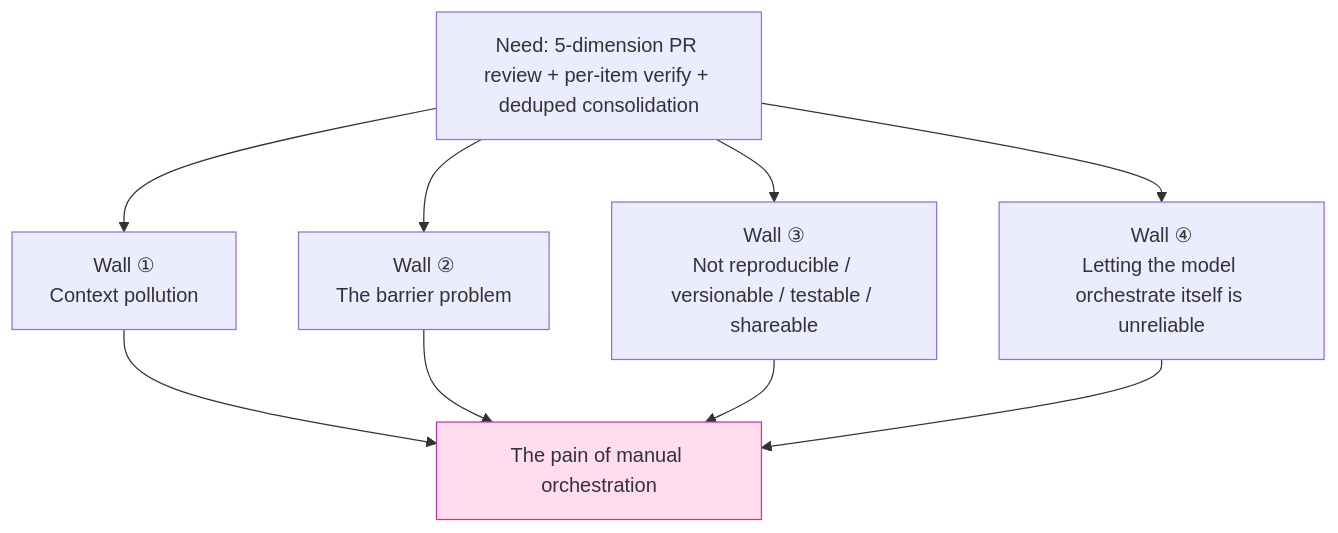
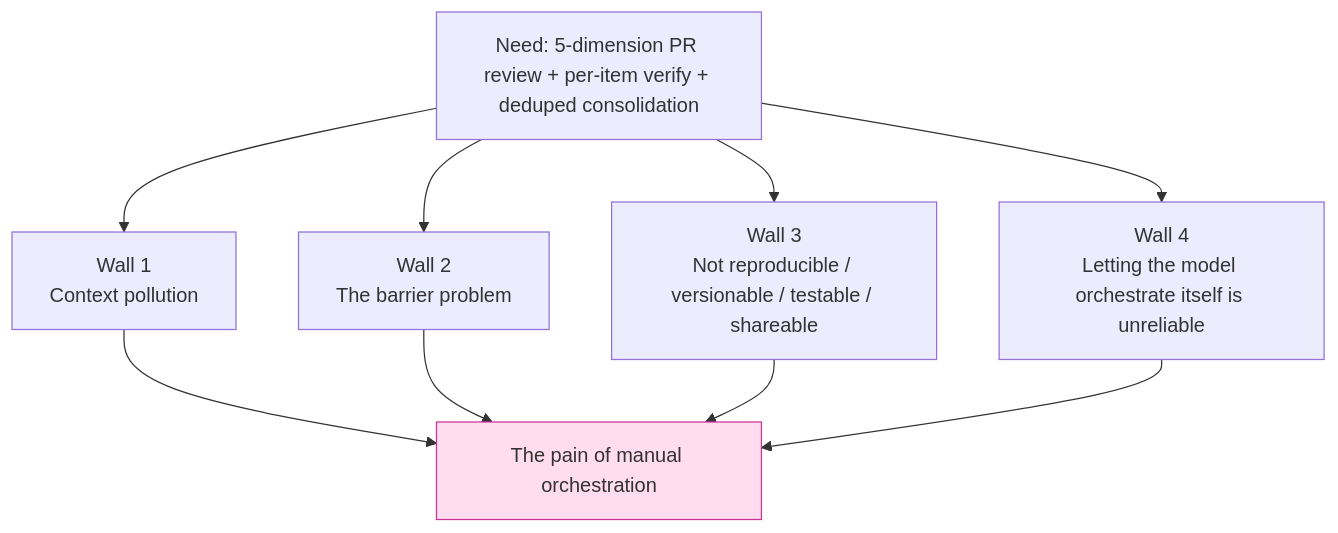
Before and after one commit to AGI-is-going-to-arrive/workflow-cookbook: the first of 4 diagrams in docs/en/p1-02-why-deterministic.md, drawn with Mermaid. The commit also changed other lines of this file and 78 other files, not shown here.

````diff
--- a/docs/en/p1-02-why-deterministic.md
+++ b/docs/en/p1-02-why-deterministic.md
@@ -19,10 +19,10 @@
 ```mermaid
 flowchart TD
     Need["Need: 5-dimension PR review + per-item verify + deduped consolidation"]
-    Need --> W1["Wall ①<br/>Context pollution"]
-    Need --> W2["Wall ②<br/>The barrier problem"]
-    Need --> W3["Wall ③<br/>Not reproducible / versionable / testable / shareable"]
-    Need --> W4["Wall ④<br/>Letting the model orchestrate itself is unreliable"]
+    Need --> W1["Wall 1<br/>Context pollution"]
+    Need --> W2["Wall 2<br/>The barrier problem"]
+    Need --> W3["Wall 3<br/>Not reproducible / versionable / testable / shareable"]
+    Need --> W4["Wall 4<br/>Letting the model orchestrate itself is unreliable"]
     W1 & W2 & W3 & W4 --> Pain["The pain of manual orchestration"]
     style Pain fill:#fde,stroke:#c39
 ```
````
